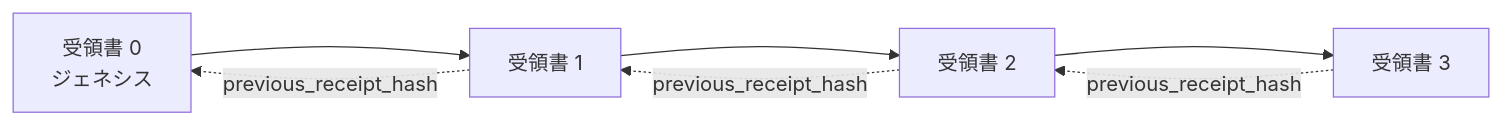
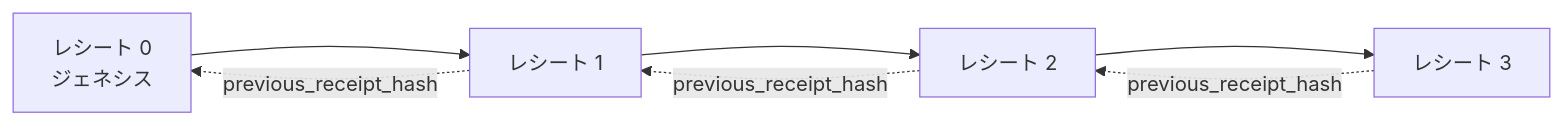
The second of 2 diagrams in translations/ja/18-securing-ai-agents/README.md (microsoft/ai-agents-for-beginners), drawn with Mermaid before and after one commit. The commit also changed other lines of this file and 46 other files, not shown here.

````diff
--- a/translations/ja/18-securing-ai-agents/README.md
+++ b/translations/ja/18-securing-ai-agents/README.md
@@ -206,9 +203,9 @@
 ```mermaid
 flowchart LR
-    R0[受領書 0<br/>ジェネシス] --> R1[受領書 1]
-    R1 --> R2[受領書 2]
-    R2 --> R3[受領書 3]
+    R0[レシート 0<br/>ジェネシス] --> R1[レシート 1]
+    R1 --> R2[レシート 2]
+    R2 --> R3[レシート 3]
     R1 -. previous_receipt_hash .-> R0
     R2 -. previous_receipt_hash .-> R1
     R3 -. previous_receipt_hash .-> R2
 ```
````
